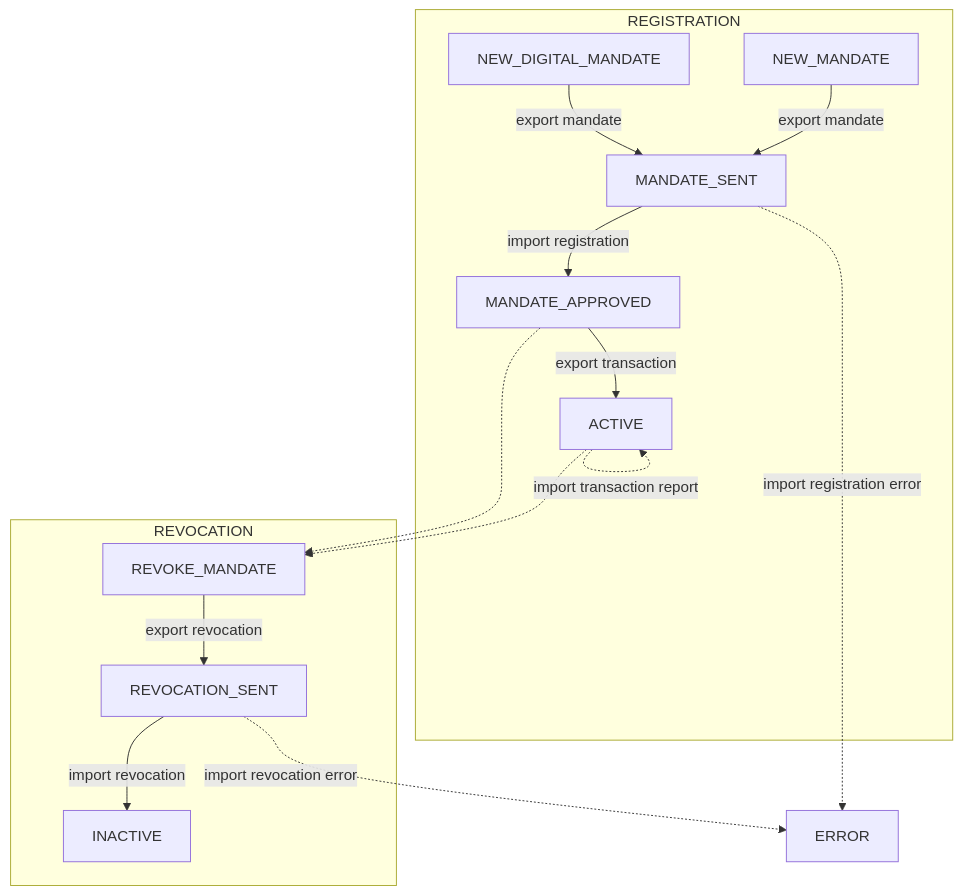
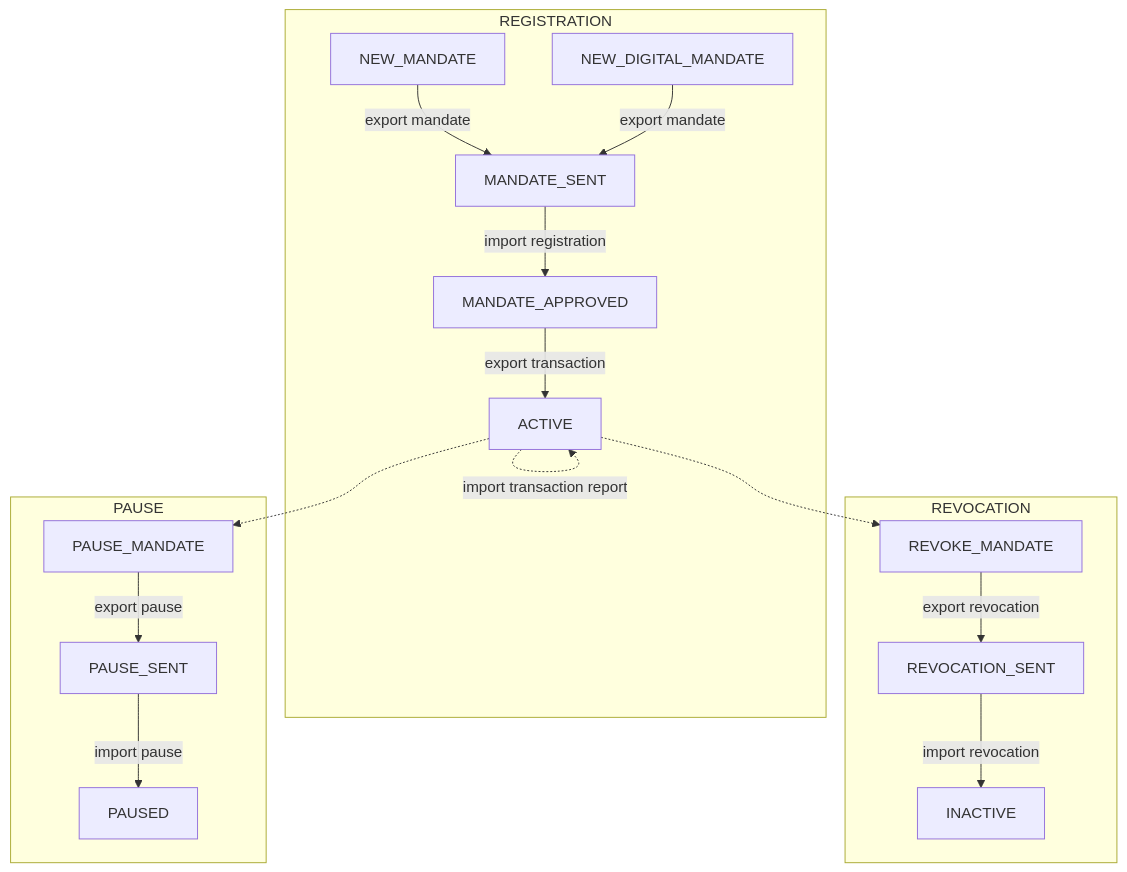
The diagram in docs/states.mermaid (byrokrat/giroapp), drawn with Mermaid before and after one commit. The commit also changed 2 other files, not shown here.

Commit message:
Add state diagram svg [ci skip]

```diff
--- a/docs/states.mermaid
+++ b/docs/states.mermaid
@@ -1,31 +1,35 @@
 graph TD
 
 ACTIVE
-ERROR
 INACTIVE
 NEW_MANDATE
 NEW_DIGITAL_MANDATE
 MANDATE_SENT
 MANDATE_APPROVED
 REVOKE_MANDATE
 REVOCATION_SENT
+PAUSE_MANDATE
+PAUSE_SENT
+PAUSED
 
 subgraph REGISTRATION
   NEW_MANDATE--export mandate-->MANDATE_SENT
   NEW_DIGITAL_MANDATE--export mandate-->MANDATE_SENT
   MANDATE_SENT--import registration-->MANDATE_APPROVED
   MANDATE_APPROVED--export transaction-->ACTIVE
   ACTIVE-.import transaction report.->ACTIVE
 end
 
-MANDATE_SENT-.import registration error.->ERROR
-
 subgraph REVOCATION
   REVOKE_MANDATE--export revocation-->REVOCATION_SENT
   REVOCATION_SENT--import revocation-->INACTIVE
 end
 
-REVOCATION_SENT-.import revocation error.->ERROR
+ACTIVE-.->REVOKE_MANDATE
 
-ACTIVE-.->REVOKE_MANDATE
-MANDATE_APPROVED-.->REVOKE_MANDATE
+subgraph PAUSE
+  PAUSE_MANDATE--export pause-->PAUSE_SENT
+  PAUSE_SENT--import pause-->PAUSED
+end
+
+ACTIVE-.->PAUSE_MANDATE
```
